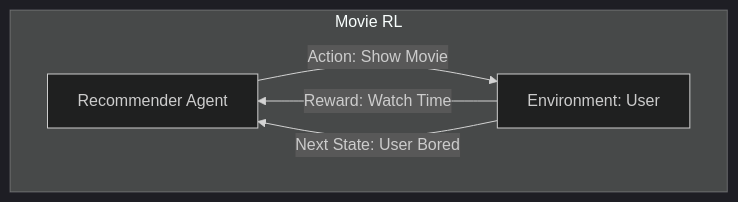
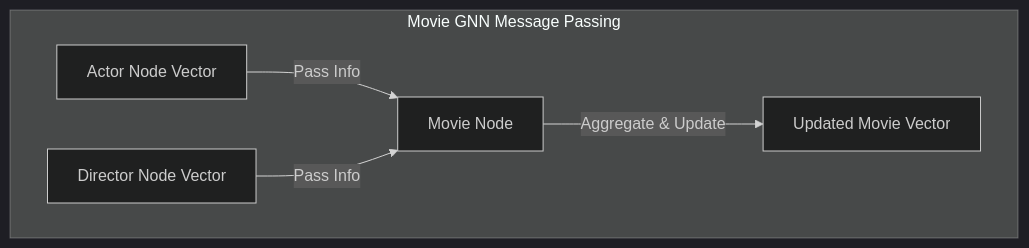
One commit to ammahmoudi/bioinformatics-recommender-systems changed diagram 15 of 20 in Recomender Systems in Bioinformatics.md. Above: the diagram before and after it, drawn with Mermaid (dark theme). The commit also changed other lines of this file, not shown here.

````diff
--- a/Recomender Systems in Bioinformatics.md
+++ b/Recomender Systems in Bioinformatics.md
@@ -366,9 +420,9 @@
 ```mermaid
 flowchart LR
-    subgraph "Movie RL"
+    subgraph "Movie GNN Message Passing"
         direction LR
-        Agent1[Recommender Agent] -->|Action: Show Movie| Env1[Environment: User]
-        Env1 -->|Reward: Watch Time| Agent1
-        Env1 -->|Next State: User Bored| Agent1
+        A["Actor Node Vector"] -->|Pass Info| M["Movie Node"]
+        D["Director Node Vector"] -->|Pass Info| M
+        M -->|Aggregate & Update| M_new["Updated Movie Vector"]
     end
 ```
````
